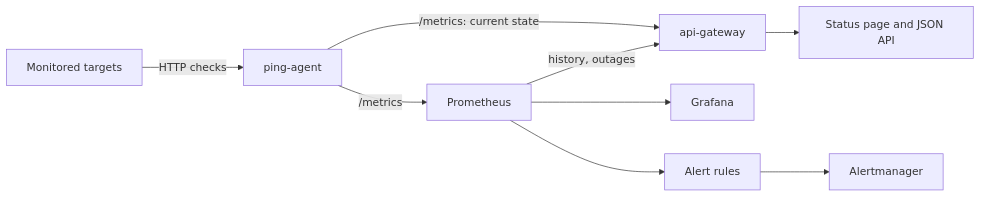
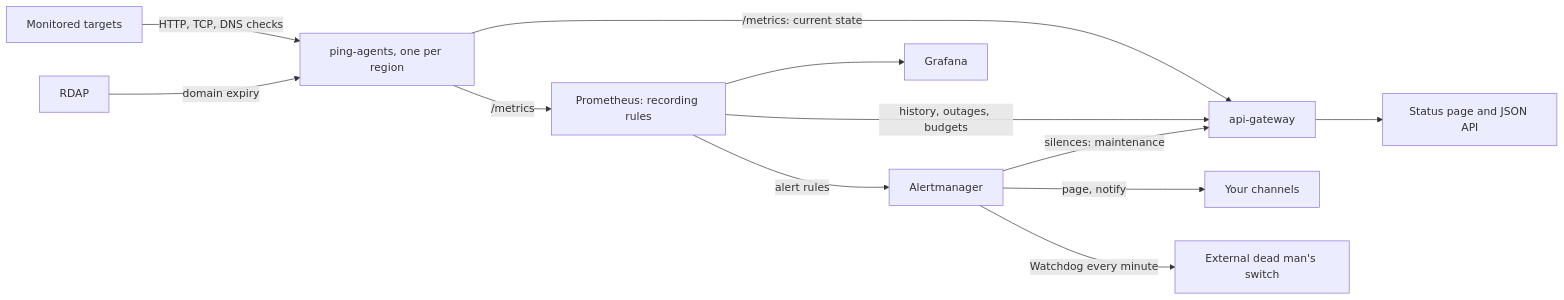
One commit to fattah247/iYup changed the diagram in docs/ARCHITECTURE.md. Above: the diagram before and after it, drawn with Mermaid. The commit also changed other lines of this file and 6 other files, not shown here.

First line of the commit message:
docs: describe regions, error budgets and maintenance across the docs

````diff
--- a/docs/ARCHITECTURE.md
+++ b/docs/ARCHITECTURE.md
@@ -10,10 +10,14 @@
 ```mermaid
 flowchart LR
-  targets[Monitored targets] -->|HTTP checks| ping[ping-agent]
-  ping -->|/metrics| prom[Prometheus]
+  targets[Monitored targets] -->|HTTP, TCP, DNS checks| ping[ping-agents, one per region]
+  rdap[RDAP] -->|domain expiry| ping
+  ping -->|/metrics| prom[Prometheus: recording rules]
   ping -->|/metrics: current state| api[api-gateway]
-  prom -->|history, outages| api
+  prom -->|history, outages, budgets| api
+  am -->|silences: maintenance| api
   api --> page[Status page and JSON API]
   prom --> grafana[Grafana]
-  prom --> rules[Alert rules] --> am[Alertmanager]
+  prom -->|alert rules| am[Alertmanager]
+  am -->|page, notify| you[Your channels]
+  am -->|Watchdog every minute| dms[External dead man's switch]
 ```
````
